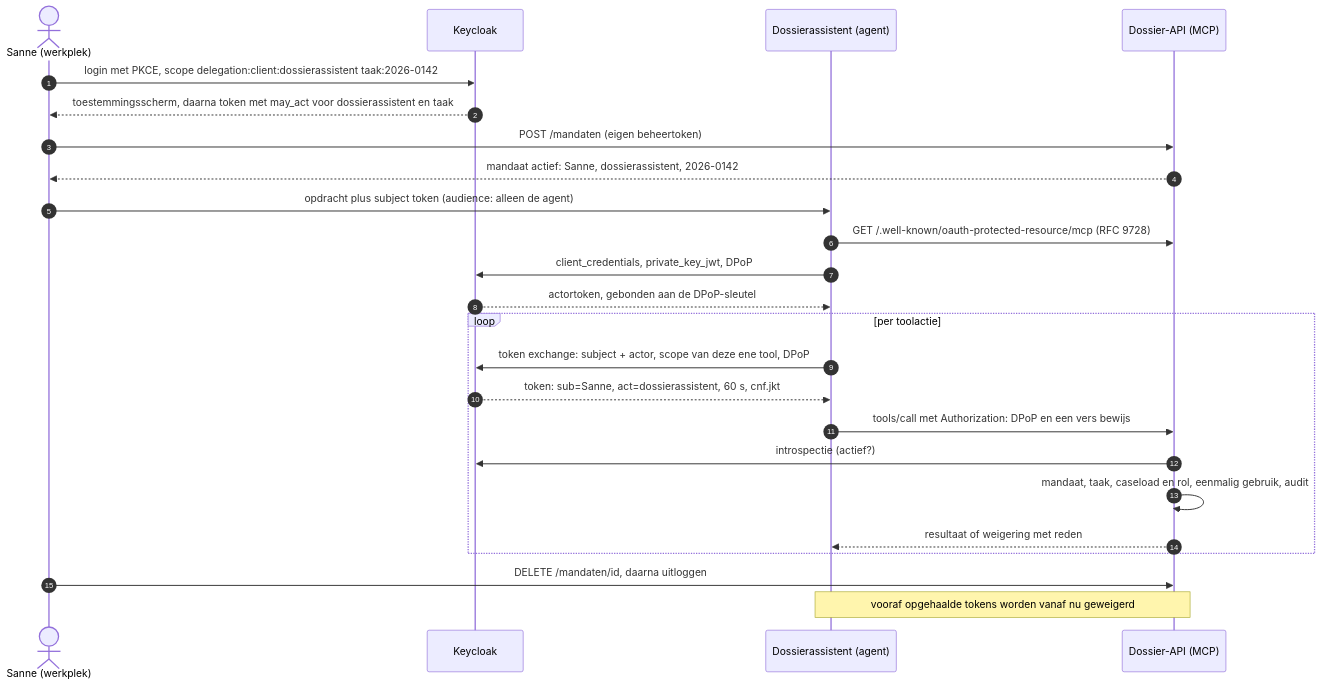
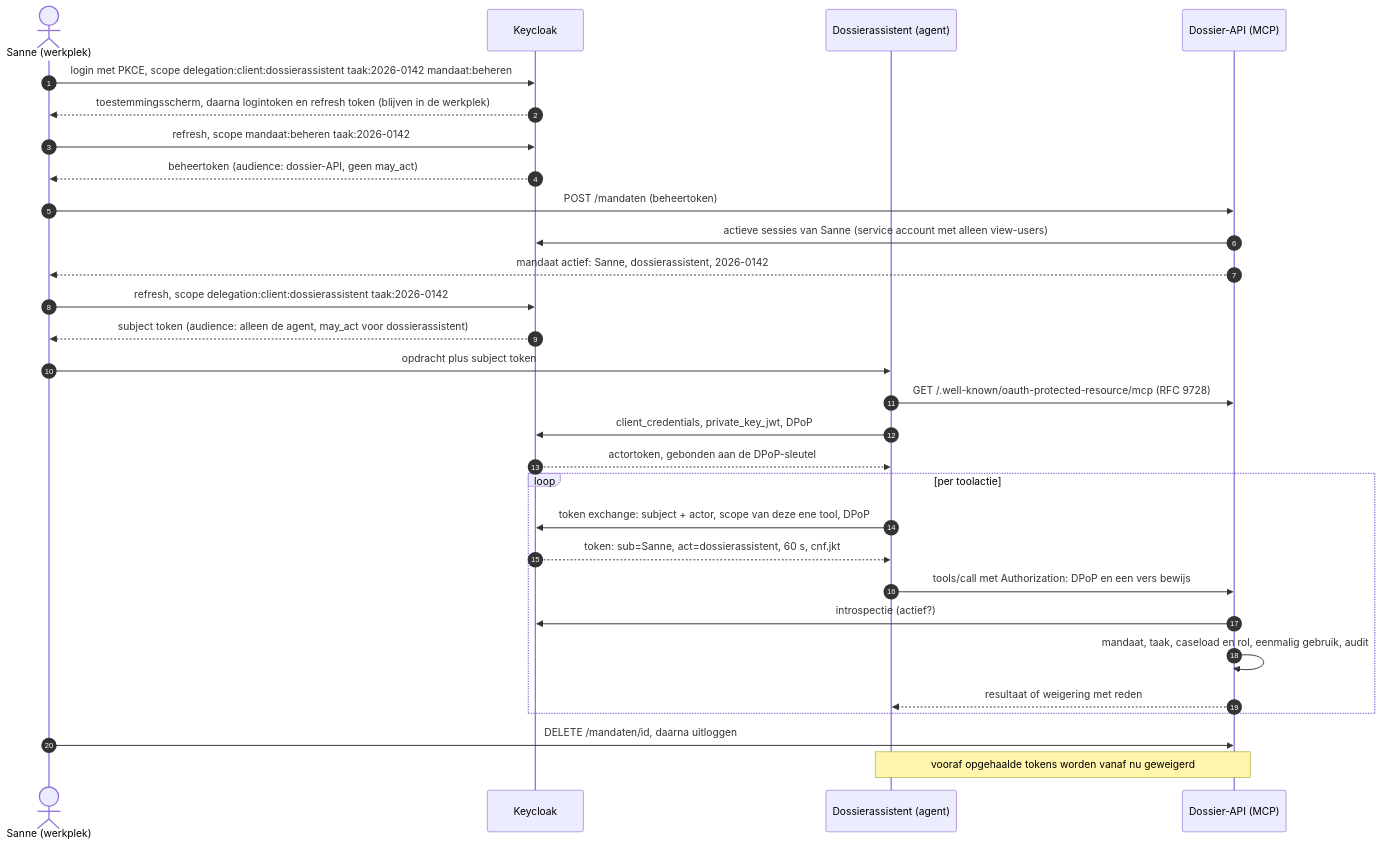
The diagram in README.md (oomny-nl/agent-mandaat), drawn with Mermaid before and after one commit. The commit also changed other lines of this file and 34 other files, not shown here.

````diff
--- a/README.md
+++ b/README.md
@@ -59,27 +64,32 @@
 ```mermaid
 sequenceDiagram
     autonumber
     actor S as Sanne (werkplek)
     participant K as Keycloak
     participant A as Dossierassistent (agent)
     participant D as Dossier-API (MCP)
 
-    S->>K: login met PKCE, scope delegation:client:dossierassistent taak:2026-0142
-    K-->>S: toestemmingsscherm, daarna token met may_act voor dossierassistent en taak
-    S->>D: POST /mandaten (eigen beheertoken)
+    S->>K: login met PKCE, scope delegation:client:dossierassistent taak:2026-0142 mandaat:beheren
+    K-->>S: toestemmingsscherm, daarna logintoken en refresh token (blijven in de werkplek)
+    S->>K: refresh, scope mandaat:beheren taak:2026-0142
+    K-->>S: beheertoken (audience: dossier-API, geen may_act)
+    S->>D: POST /mandaten (beheertoken)
+    D->>K: actieve sessies van Sanne (service account met alleen view-users)
     D-->>S: mandaat actief: Sanne, dossierassistent, 2026-0142
-    S->>A: opdracht plus subject token (audience: alleen de agent)
+    S->>K: refresh, scope delegation:client:dossierassistent taak:2026-0142
+    K-->>S: subject token (audience: alleen de agent, may_act voor dossierassistent)
+    S->>A: opdracht plus subject token
     A->>D: GET /.well-known/oauth-protected-resource/mcp (RFC 9728)
     A->>K: client_credentials, private_key_jwt, DPoP
     K-->>A: actortoken, gebonden aan de DPoP-sleutel
     loop per toolactie
         A->>K: token exchange: subject + actor, scope van deze ene tool, DPoP
         K-->>A: token: sub=Sanne, act=dossierassistent, 60 s, cnf.jkt
         A->>D: tools/call met Authorization: DPoP en een vers bewijs
         D->>K: introspectie (actief?)
         D->>D: mandaat, taak, caseload en rol, eenmalig gebruik, audit
         D-->>A: resultaat of weigering met reden
     end
     S->>D: DELETE /mandaten/id, daarna uitloggen
     Note over A,D: vooraf opgehaalde tokens worden vanaf nu geweigerd
 ```
````
